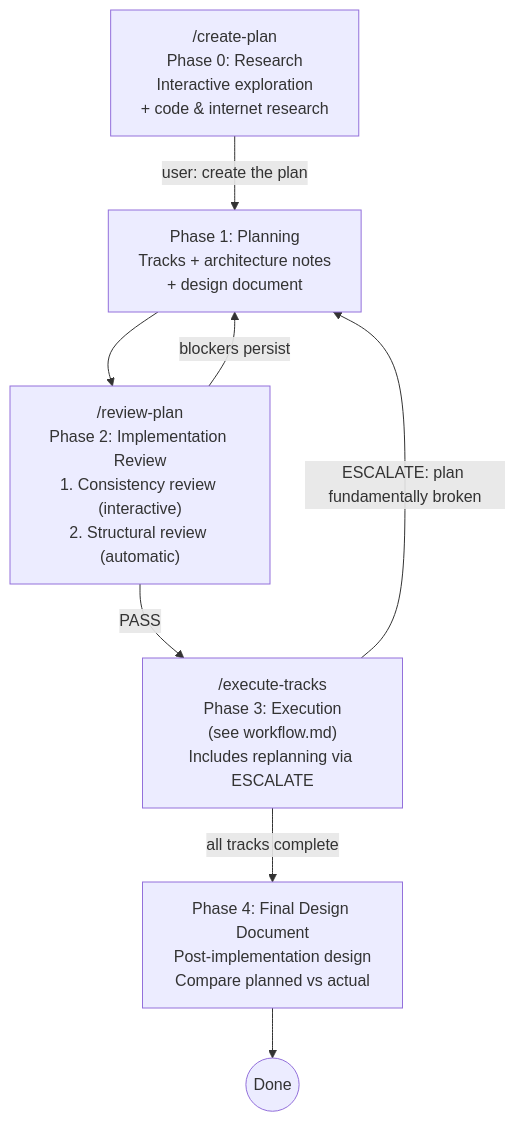
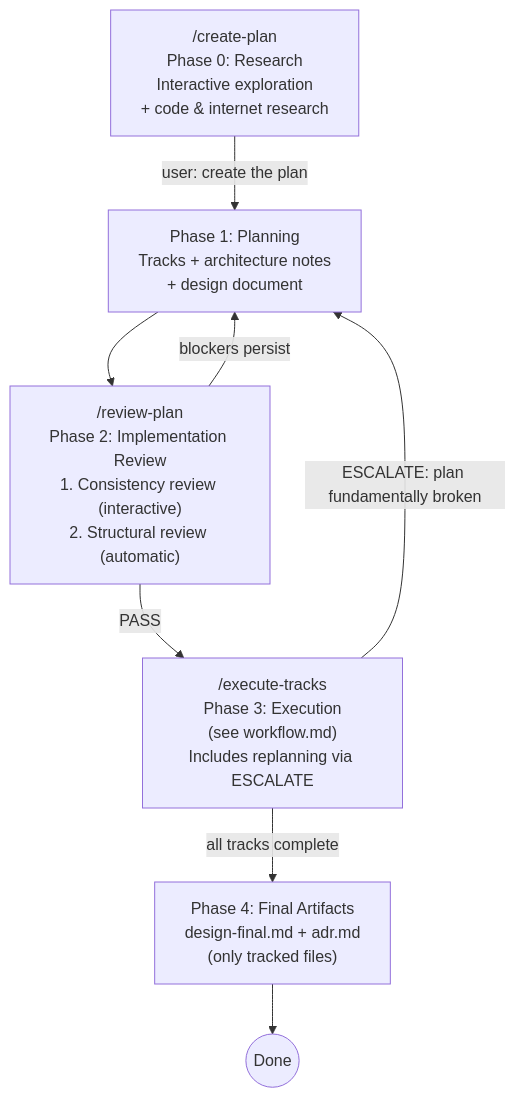
The diagram in .claude/workflow/planning.md (JetBrains/youtrackdb), drawn with Mermaid before and after one commit. The commit also changed other lines of this file and 13 other files, not shown here.

First line of the commit message:
Rework Phase 4: 2 git-tracked artifacts, untracked workflow files (#882)

````diff
--- a/.claude/workflow/planning.md
+++ b/.claude/workflow/planning.md
@@ -23,17 +23,17 @@
 ```mermaid
 flowchart TD
     P0["/create-plan\nPhase 0: Research\nInteractive exploration\n+ code & internet research"]
     P1["Phase 1: Planning\nTracks + architecture notes\n+ design document"]
     P2["/review-plan\nPhase 2: Implementation Review\n1. Consistency review (interactive)\n2. Structural review (automatic)"]
     P3["/execute-tracks\nPhase 3: Execution\n(see workflow.md)\nIncludes replanning via ESCALATE"]
-    P4["Phase 4: Final Design Document\nPost-implementation design\nCompare planned vs actual"]
+    P4["Phase 4: Final Artifacts\ndesign-final.md + adr.md\n(only tracked files)"]
     DONE((Done))
 
     P0 -->|"user: create the plan"| P1
     P1 --> P2
     P2 -->|PASS| P3
     P2 -->|blockers persist| P1
     P3 -->|all tracks complete| P4
     P3 -->|ESCALATE: plan fundamentally broken| P1
     P4 --> DONE
 ```
````
